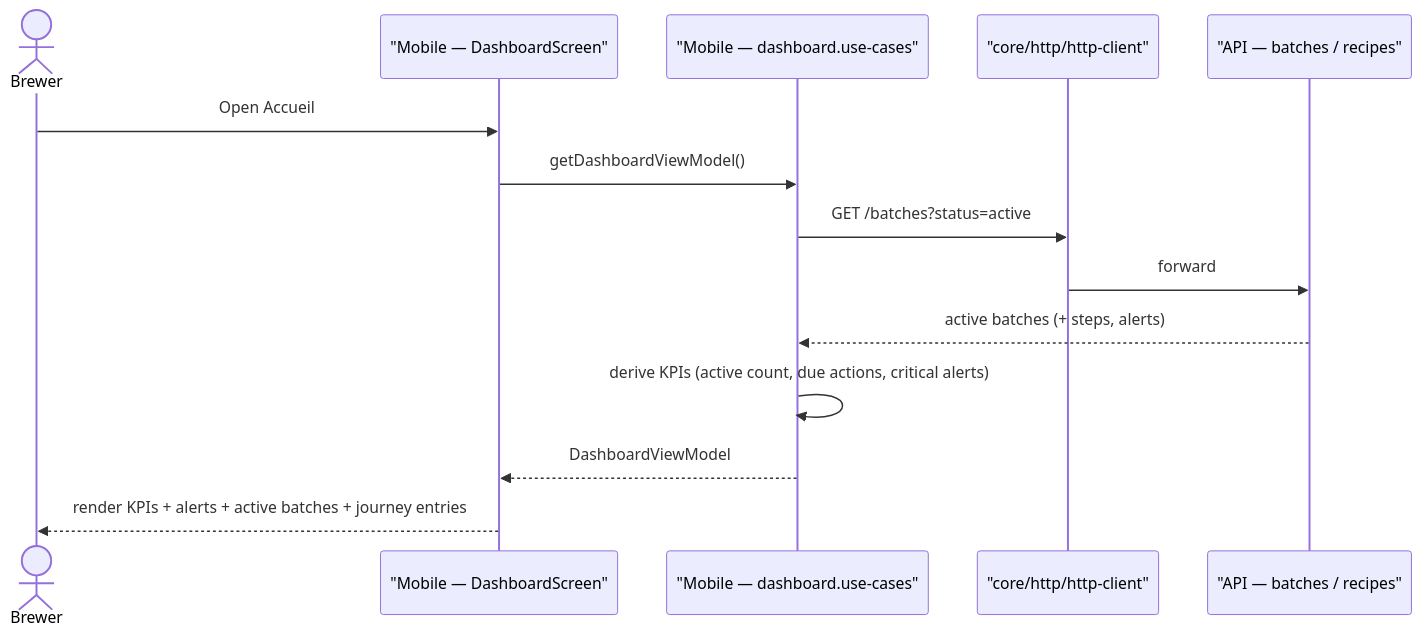
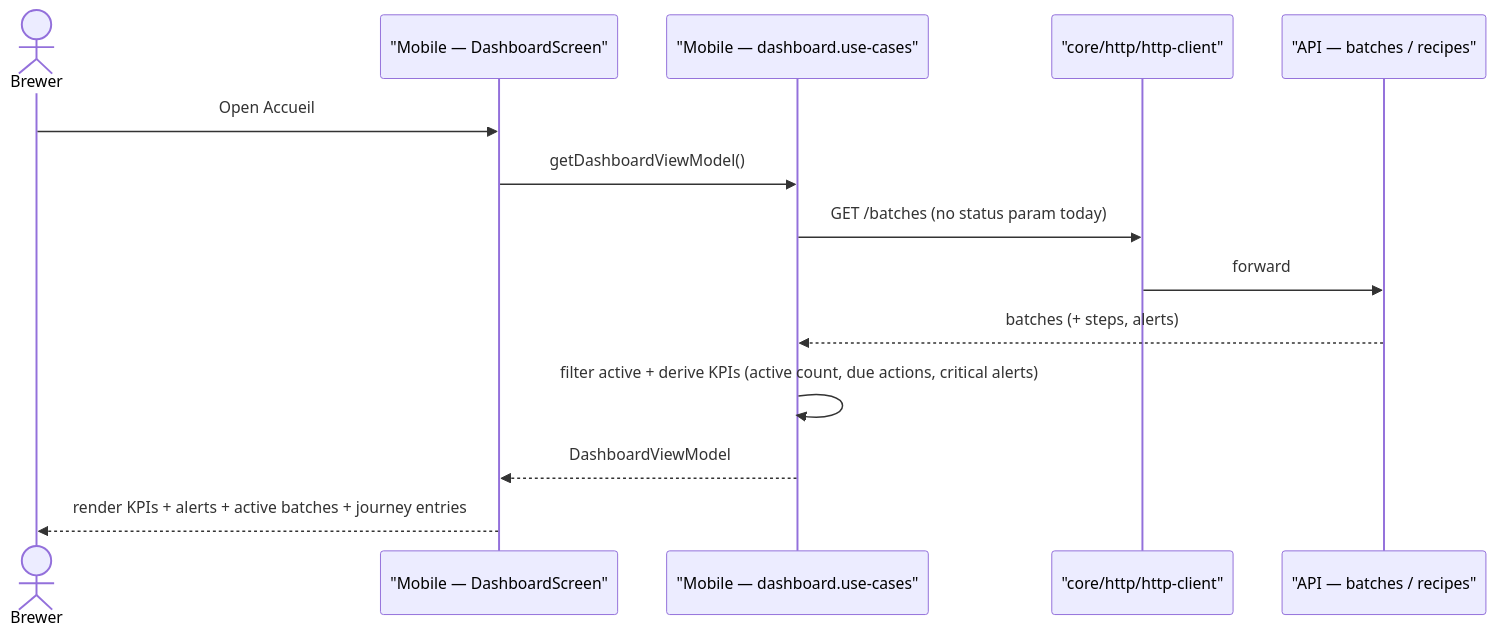
Before and after one commit to benoit-bremaud/brasse-bouillon: the first of 2 diagrams in docs/architecture/diagrams/dashboard/02-sequence-load-and-stats.md, drawn with Mermaid. The commit also changed other lines of this file and 3 other files, not shown here.

````diff
--- a/docs/architecture/diagrams/dashboard/02-sequence-load-and-stats.md
+++ b/docs/architecture/diagrams/dashboard/02-sequence-load-and-stats.md
@@ -13,17 +13,17 @@
 ```mermaid
 sequenceDiagram
   actor B as Brewer
   participant S as "Mobile — DashboardScreen"
   participant UC as "Mobile — dashboard.use-cases"
   participant HTTP as "core/http/http-client"
   participant API as "API — batches / recipes"
 
   B->>S: Open Accueil
   S->>UC: getDashboardViewModel()
-  UC->>HTTP: GET /batches?status=active
+  UC->>HTTP: GET /batches (no status param today)
   HTTP->>API: forward
-  API-->>UC: active batches (+ steps, alerts)
-  UC->>UC: derive KPIs (active count, due actions, critical alerts)
+  API-->>UC: batches (+ steps, alerts)
+  UC->>UC: filter active + derive KPIs (active count, due actions, critical alerts)
   UC-->>S: DashboardViewModel
   S-->>B: render KPIs + alerts + active batches + journey entries
 ```
````
